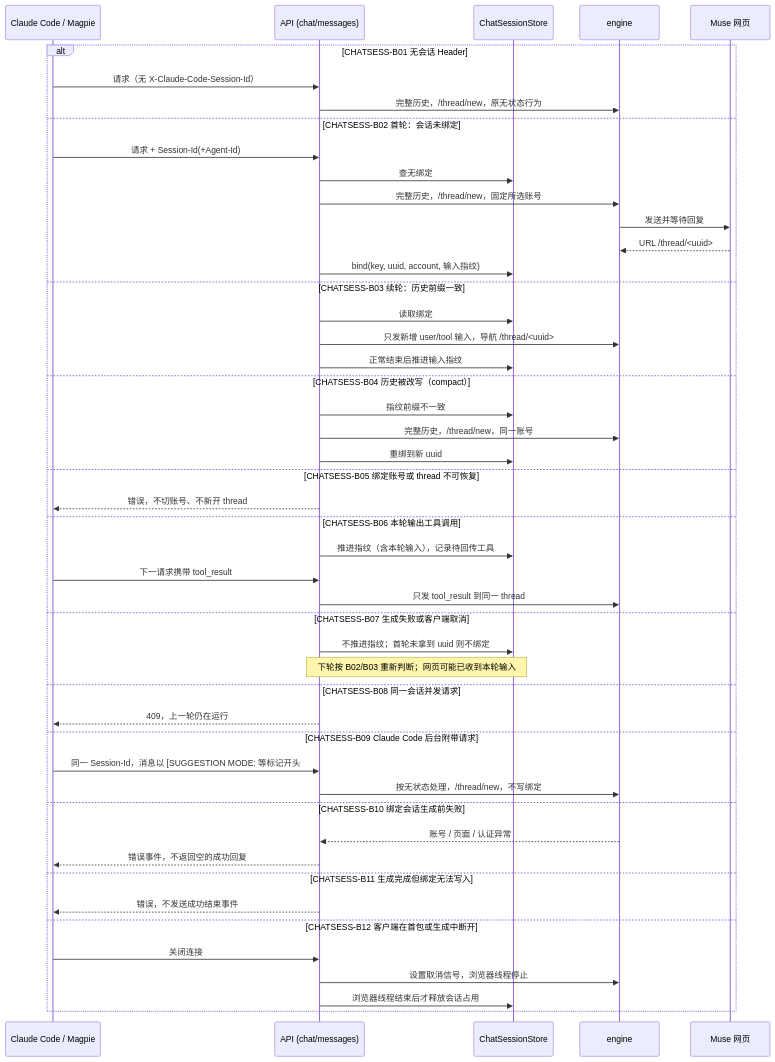
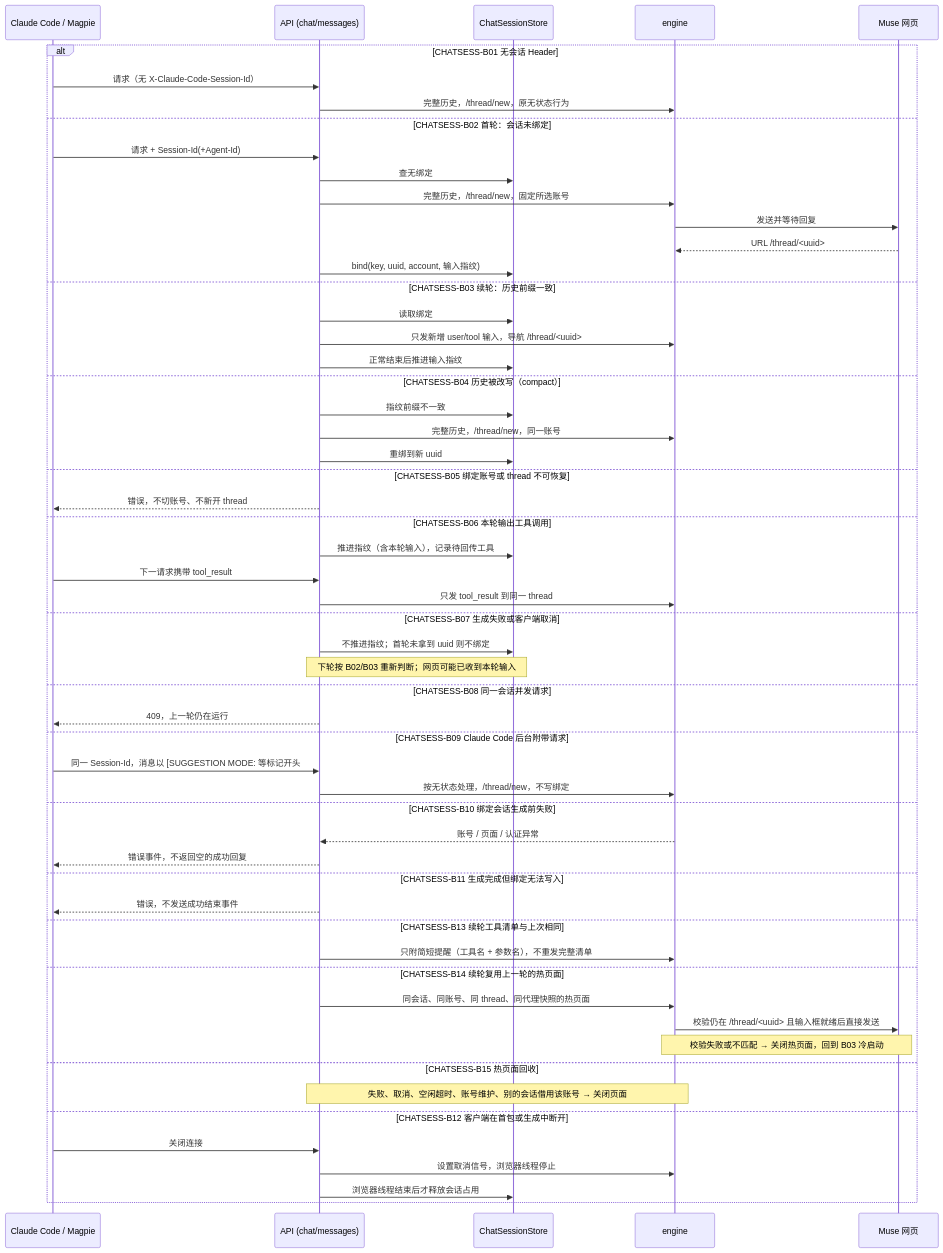
The diagram in docs/flows/chat-api/chatsess.md (joslynSmall/muse2api), drawn with Mermaid before and after one commit. The commit also changed other lines of this file and 9 other files, not shown here.

````diff
--- a/docs/flows/chat-api/chatsess.md
+++ b/docs/flows/chat-api/chatsess.md
@@ -32,50 +32,58 @@
 ```mermaid
 sequenceDiagram
     participant C as Claude Code / Magpie
     participant A as API (chat/messages)
     participant S as ChatSessionStore
     participant E as engine
     participant W as Muse 网页
     alt CHATSESS-B01 无会话 Header
         C->>A: 请求（无 X-Claude-Code-Session-Id）
         A->>E: 完整历史，/thread/new，原无状态行为
     else CHATSESS-B02 首轮：会话未绑定
         C->>A: 请求 + Session-Id(+Agent-Id)
         A->>S: 查无绑定
         A->>E: 完整历史，/thread/new，固定所选账号
         E->>W: 发送并等待回复
         W-->>E: URL /thread/<uuid>
         A->>S: bind(key, uuid, account, 输入指纹)
     else CHATSESS-B03 续轮：历史前缀一致
         A->>S: 读取绑定
         A->>E: 只发新增 user/tool 输入，导航 /thread/<uuid>
         A->>S: 正常结束后推进输入指纹
     else CHATSESS-B04 历史被改写（compact）
         A->>S: 指纹前缀不一致
         A->>E: 完整历史，/thread/new，同一账号
         A->>S: 重绑到新 uuid
     else CHATSESS-B05 绑定账号或 thread 不可恢复
         A-->>C: 错误，不切账号、不新开 thread
     else CHATSESS-B06 本轮输出工具调用
         A->>S: 推进指纹（含本轮输入），记录待回传工具
         C->>A: 下一请求携带 tool_result
         A->>E: 只发 tool_result 到同一 thread
     else CHATSESS-B07 生成失败或客户端取消
         A->>S: 不推进指纹；首轮未拿到 uuid 则不绑定
         Note over A,S: 下轮按 B02/B03 重新判断；网页可能已收到本轮输入
     else CHATSESS-B08 同一会话并发请求
         A-->>C: 409，上一轮仍在运行
     else CHATSESS-B09 Claude Code 后台附带请求
         C->>A: 同一 Session-Id，消息以 [SUGGESTION MODE: 等标记开头
         A->>E: 按无状态处理，/thread/new，不写绑定
     else CHATSESS-B10 绑定会话生成前失败
         E-->>A: 账号 / 页面 / 认证异常
         A-->>C: 错误事件，不返回空的成功回复
     else CHATSESS-B11 生成完成但绑定无法写入
         A-->>C: 错误，不发送成功结束事件
+    else CHATSESS-B13 续轮工具清单与上次相同
+        A->>E: 只附简短提醒（工具名 + 参数名），不重发完整清单
+    else CHATSESS-B14 续轮复用上一轮的热页面
+        A->>E: 同会话、同账号、同 thread、同代理快照的热页面
+        E->>W: 校验仍在 /thread/<uuid> 且输入框就绪后直接发送
+        Note over E,W: 校验失败或不匹配 → 关闭热页面，回到 B03 冷启动
+    else CHATSESS-B15 热页面回收
+        Note over A,E: 失败、取消、空闲超时、账号维护、别的会话借用该账号 → 关闭页面
     else CHATSESS-B12 客户端在首包或生成中断开
         C->>A: 关闭连接
         A->>E: 设置取消信号，浏览器线程停止
         A->>S: 浏览器线程结束后才释放会话占用
     end
 ```
````
